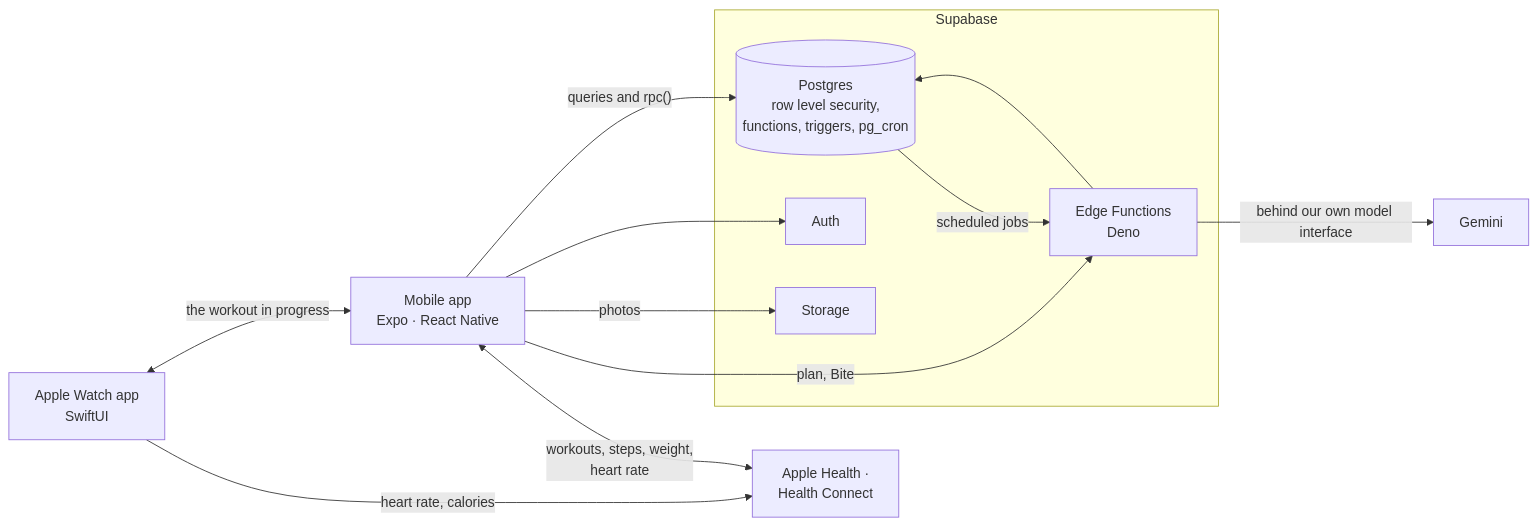
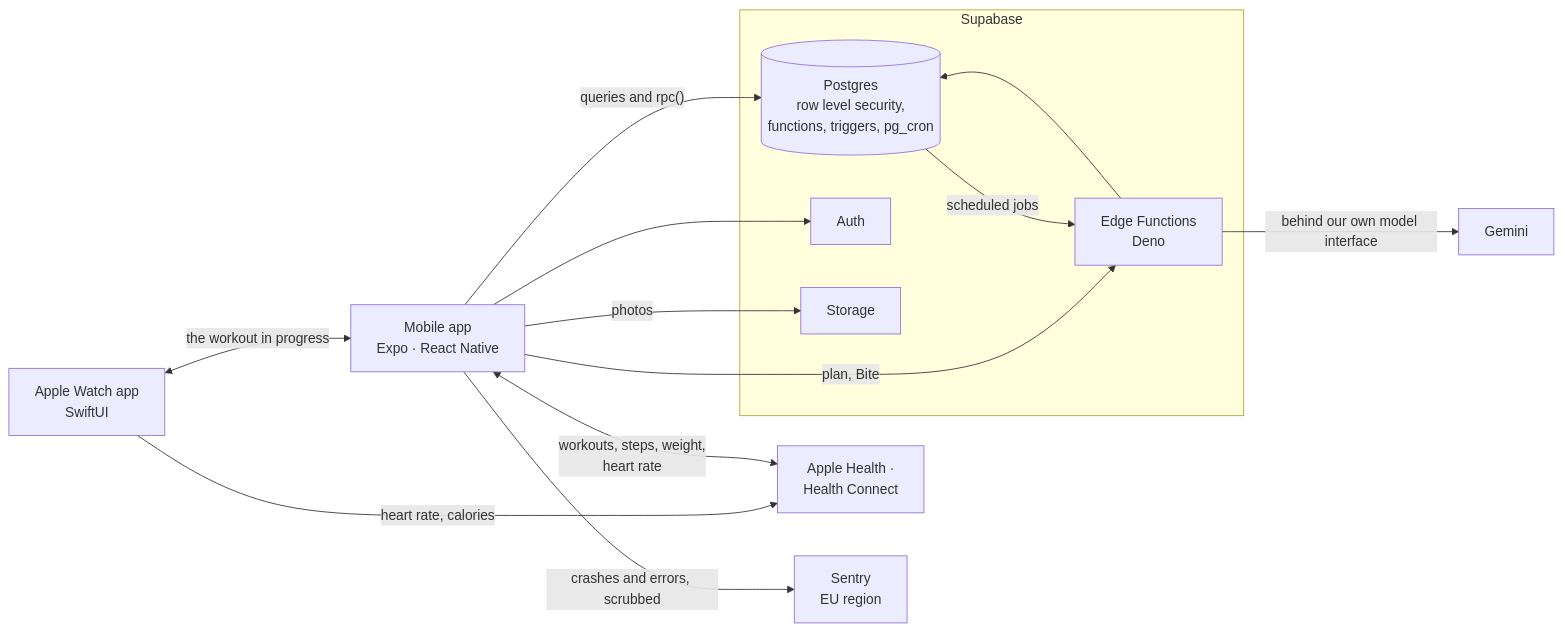
The diagram in README.md (Kaandroids/benchbite), drawn with Mermaid before and after one commit. The commit also changed other lines of this file and 16 other files, not shown here.

First line of the commit message:
feat: report crashes and errors to Sentry, without personal data (#667)

````diff
--- a/README.md
+++ b/README.md
@@ -108,24 +108,26 @@
 ```mermaid
 flowchart LR
   watch["Apple Watch app<br/>SwiftUI"]
   health["Apple Health ·<br/>Health Connect"]
   app["Mobile app<br/>Expo · React Native"]
   subgraph supabase["Supabase"]
     db[("Postgres<br/>row level security,<br/>functions, triggers, pg_cron")]
     auth["Auth"]
     storage["Storage"]
     fn["Edge Functions<br/>Deno"]
   end
   gemini["Gemini"]
+  sentry["Sentry<br/>EU region"]
 
   watch <-- "the workout in progress" --> app
   watch -- "heart rate, calories" --> health
   app <-- "workouts, steps, weight,<br/>heart rate" --> health
   app -- "queries and rpc()" --> db
   app --> auth
   app -- "photos" --> storage
   app -- "plan, Bite" --> fn
   fn --> db
   fn -- "behind our own model interface" --> gemini
   db -- "scheduled jobs" --> fn
+  app -- "crashes and errors, scrubbed" --> sentry
 ```
````
